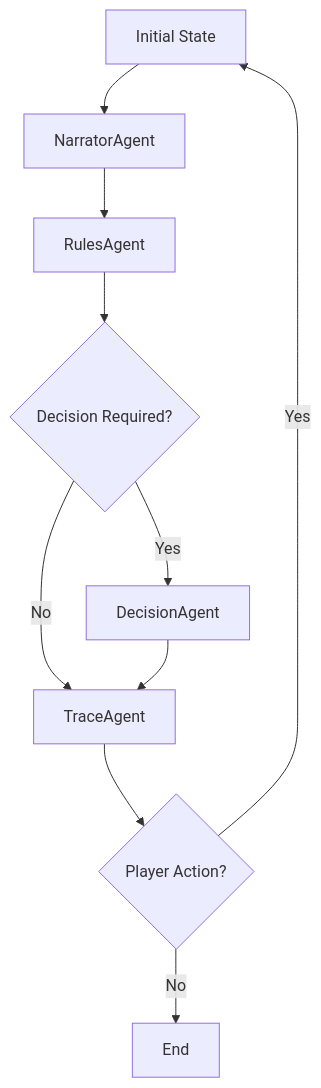
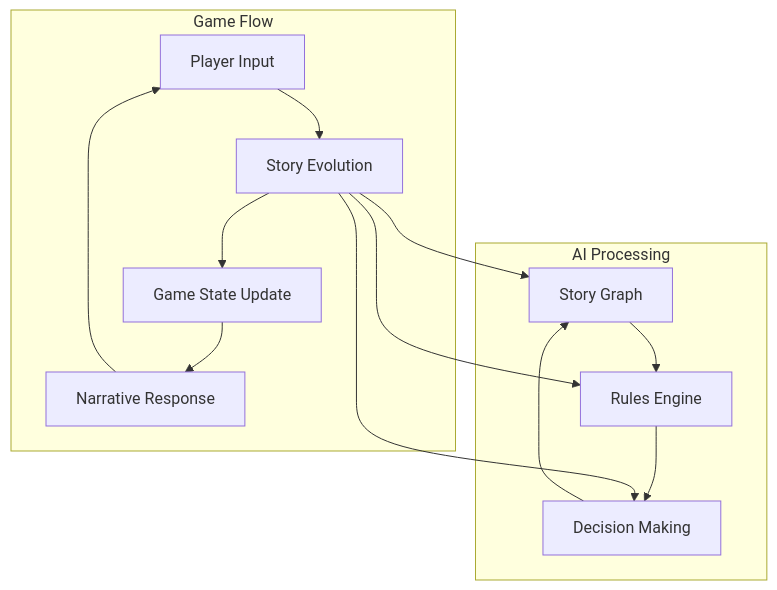
Before and after one commit to Casys-AI/casys-rpg: the diagram in README.md, drawn with Mermaid. The commit also changed other lines of this file and 10 other files, not shown here.

````diff
--- a/README.md
+++ b/README.md
@@ -161,12 +25,23 @@
 ```mermaid
 graph TD
-    A[Initial State] --> B[NarratorAgent]
-    B --> C[RulesAgent]
-    C --> D{Decision Required?}
-    D -->|Yes| E[DecisionAgent]
-    D -->|No| F[TraceAgent]
-    E --> F
-    F --> G{Player Action?}
-    G -->|Yes| A
-    G -->|No| H[End]
+    subgraph "Game Flow"
+        A[Player Input] --> B[Story Evolution]
+        B --> C[Game State Update]
+        C --> D[Narrative Response]
+        D --> A
+    end
+
+    subgraph "AI Processing"
+        E[Story Graph]
+        F[Rules Engine]
+        G[Decision Making]
+
+        E --> F
+        F --> G
+        G --> E
+
+        B --> E
+        B --> F
+        B --> G
+    end
 ```
````
